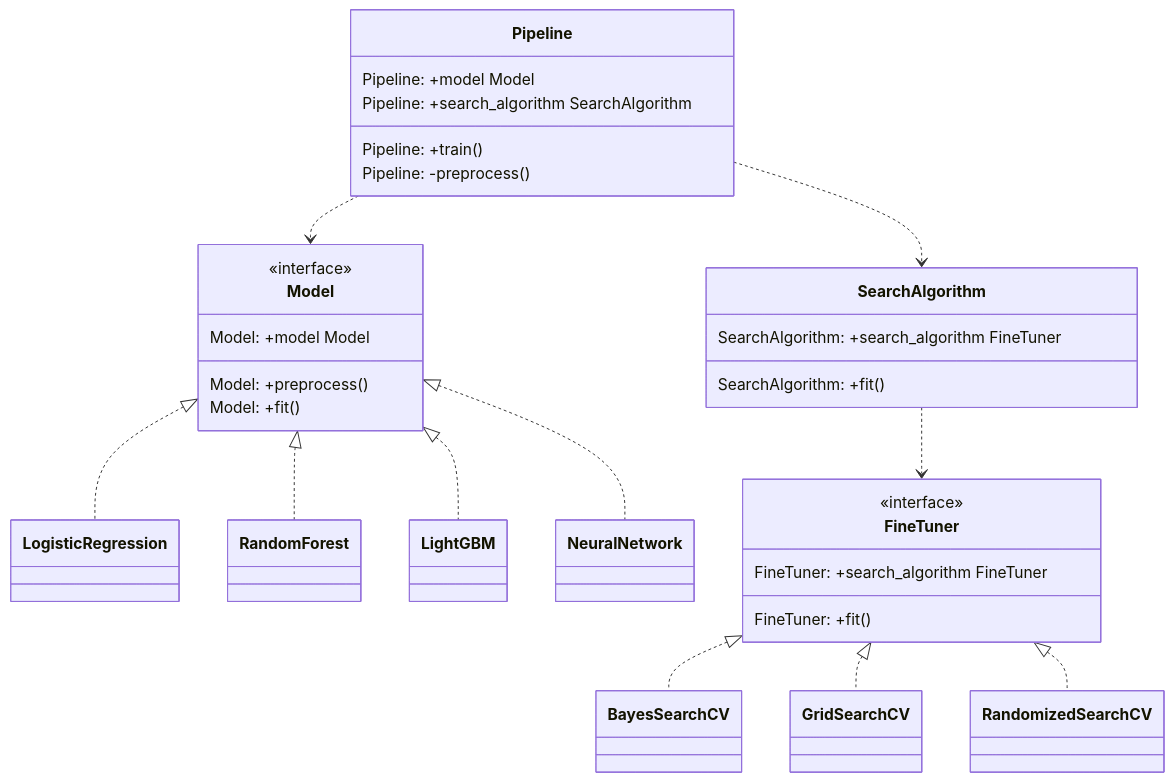
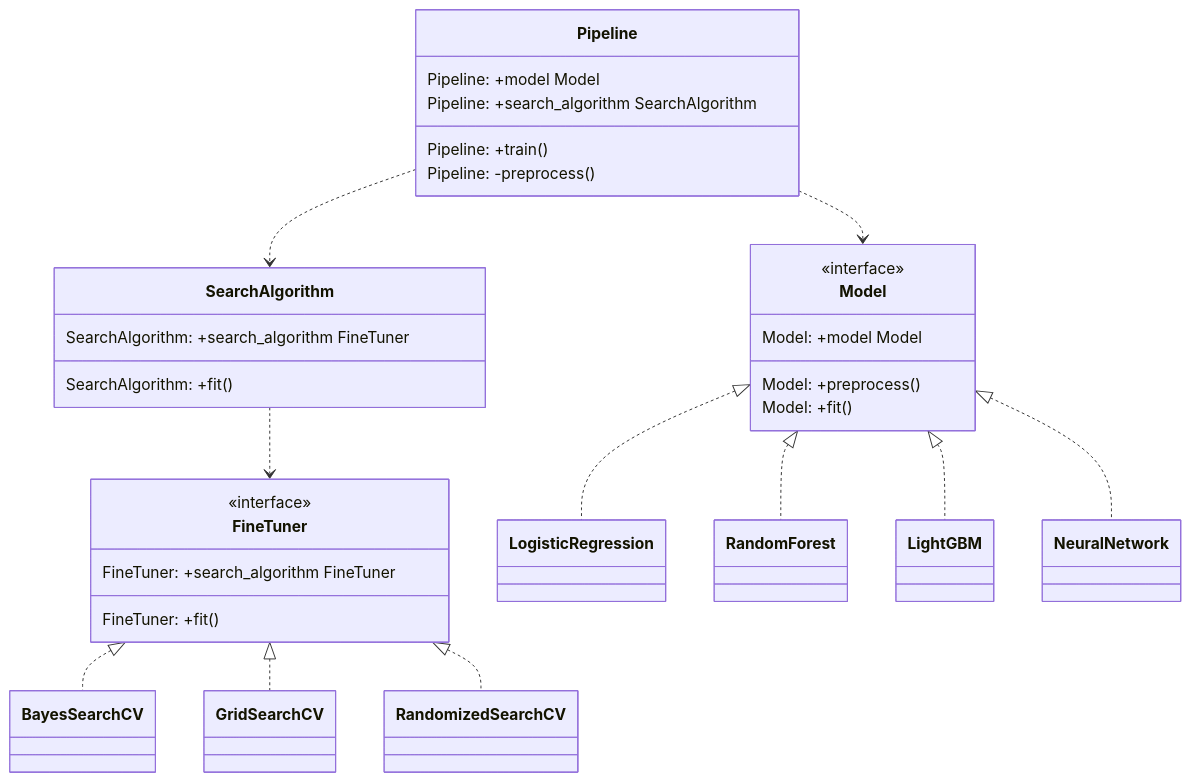
One commit to UribeAlejandro/DesignPatterns-MLFlow-for-ExperimentTracking changed the fourth of 7 diagrams in README.md. Above: the diagram before and after it, drawn with Mermaid. The commit also changed other lines of this file and 8 other files, not shown here.

````diff
--- a/README.md
+++ b/README.md
@@ -119,38 +116,38 @@
 ```mermaid
 classDiagram-v2
     class Pipeline{
         Pipeline: +model Model
         Pipeline: +search_algorithm SearchAlgorithm
         Pipeline: +train()
         Pipeline: -preprocess()
-      }
-      Pipeline ..> Model
-      Pipeline ..> SearchAlgorithm
-
+    }
     class Model{
         <<interface>>
         Model: +model Model
         Model: +preprocess()
         Model: +fit()
-      }
-      Model <|.. LogisticRegression
-      Model <|.. RandomForest
-      Model <|.. LightGBM
-      Model <|.. NeuralNetwork
-
+    }
     class SearchAlgorithm{
         SearchAlgorithm: +search_algorithm FineTuner
         SearchAlgorithm: +fit()
-      }
-
-    SearchAlgorithm ..> FineTuner
-
+    }
     class FineTuner{
         <<interface>>
         FineTuner: +search_algorithm FineTuner
         FineTuner: +fit()
-      }
-      FineTuner <|.. BayesSearchCV
-      FineTuner <|.. GridSearchCV
-      FineTuner <|.. RandomizedSearchCV
+    }
+
+    Pipeline ..> Model
+    Pipeline ..> SearchAlgorithm
+
+    Model <|.. LogisticRegression
+    Model <|.. RandomForest
+    Model <|.. LightGBM
+    Model <|.. NeuralNetwork
+
+    SearchAlgorithm ..> FineTuner
+
+    FineTuner <|.. BayesSearchCV
+    FineTuner <|.. GridSearchCV
+    FineTuner <|.. RandomizedSearchCV
 ```
````
